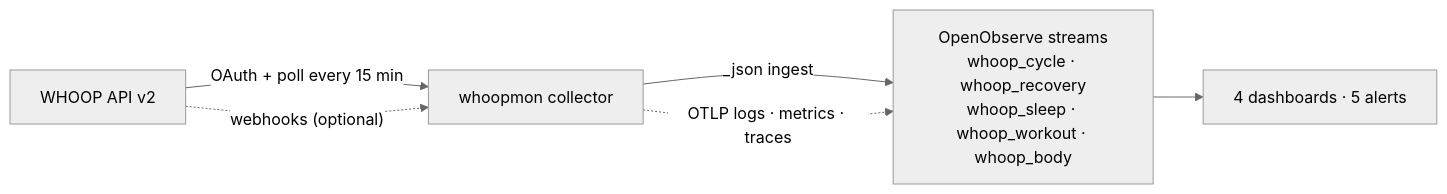
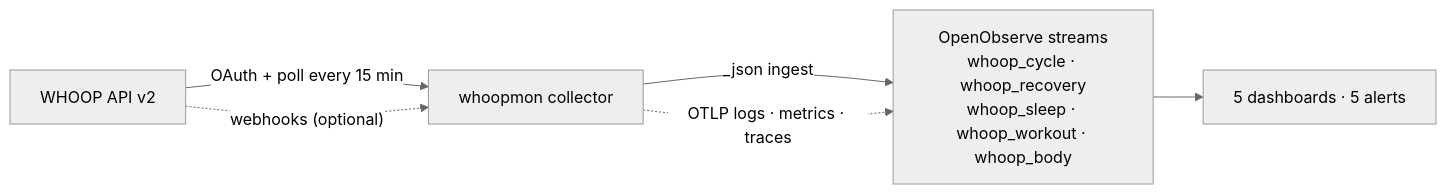
The diagram in README.md (Iamrushabhshahh/whoop-monitoring), drawn with Mermaid (neutral theme) before and after one commit. The commit also changed other lines of this file and 4 other files, not shown here.

````diff
--- a/README.md
+++ b/README.md
@@ -14,8 +14,8 @@
 ```mermaid
 flowchart LR
   W["WHOOP API v2"] -->|"OAuth + poll every 15 min"| C["whoopmon collector"]
   W -.->|"webhooks (optional)"| C
   C -->|"_json ingest"| O["OpenObserve streams<br/>whoop_cycle · whoop_recovery<br/>whoop_sleep · whoop_workout · whoop_body"]
   C -.->|"OTLP logs · metrics · traces"| O
-  O --> D["4 dashboards · 5 alerts"]
+  O --> D["5 dashboards · 5 alerts"]
 ```
````
